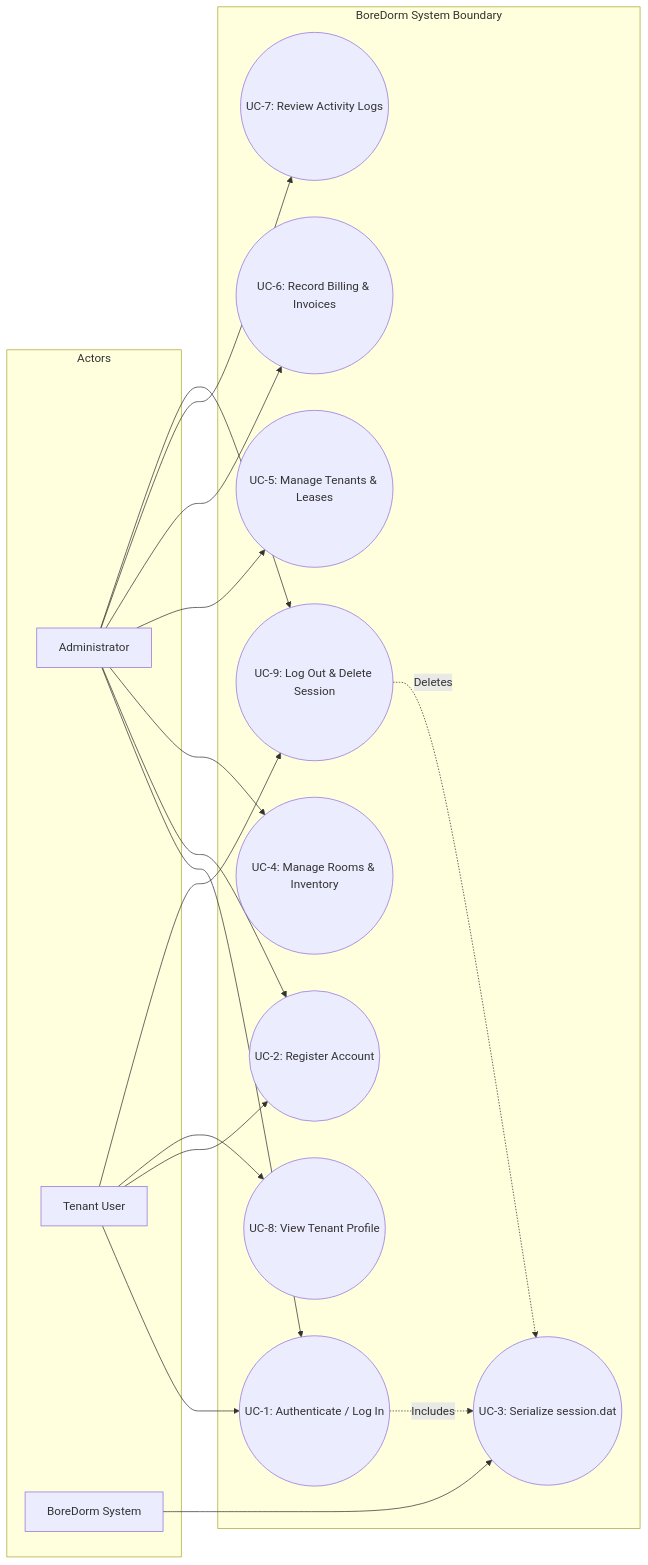
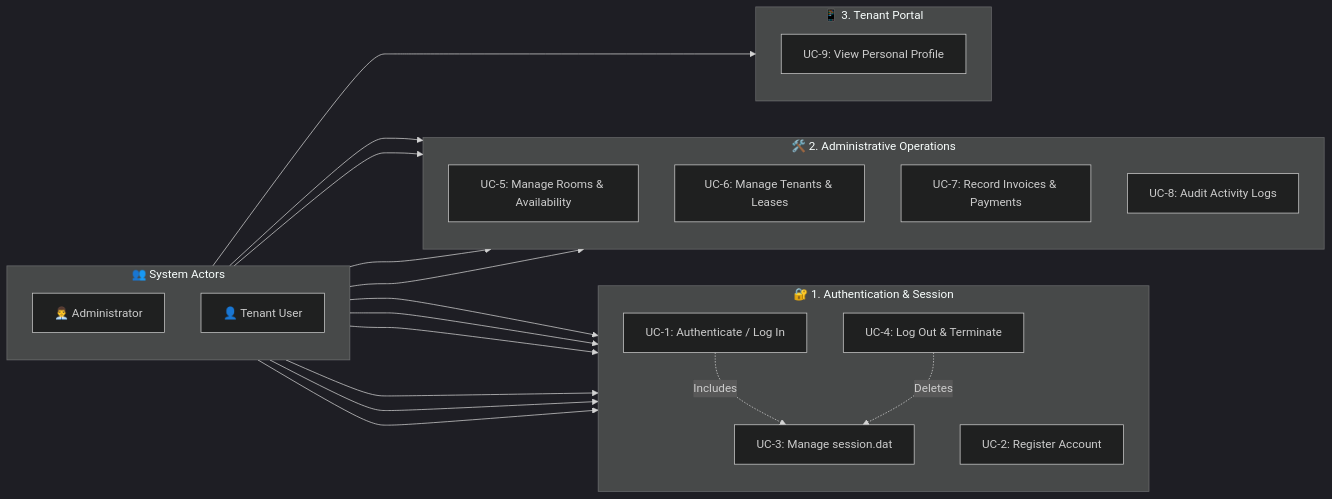
The second of 4 diagrams in README.md (CarlosJamesDeLeon/BoreDorm), drawn with Mermaid before and after one commit. The commit also changed other lines of this file, not shown here.

Commit message:
Format UML Diagrams with straight lines and clean modular subgraphs in README.md

````diff
--- a/README.md
+++ b/README.md
@@ -174,37 +76,46 @@
 ```mermaid
-graph LR
-    subgraph Actors
-        A[Administrator]
-        T[Tenant User]
-        S[BoreDorm System]
+%%{init: {'theme': 'dark', 'flowchart': {'curve': 'straight'}}}%%
+flowchart LR
+    subgraph Actors["👥 System Actors"]
+        direction TB
+        Admin["👨‍💼 Administrator"]
+        Tenant["👤 Tenant User"]
     end
 
-    subgraph BoreDorm System Boundary
-        UC1((UC-1: Authenticate / Log In))
-        UC2((UC-2: Register Account))
-        UC3((UC-3: Serialize session.dat))
-        UC4((UC-4: Manage Rooms & Inventory))
-        UC5((UC-5: Manage Tenants & Leases))
-        UC6((UC-6: Record Billing & Invoices))
-        UC7((UC-7: Review Activity Logs))
-        UC8((UC-8: View Tenant Profile))
-        UC9((UC-9: Log Out & Delete Session))
+    subgraph AuthGroup["🔐 1. Authentication & Session"]
+        direction TB
+        UC1["UC-1: Authenticate / Log In"]
+        UC2["UC-2: Register Account"]
+        UC3["UC-3: Manage session.dat"]
+        UC9["UC-4: Log Out & Terminate"]
     end
 
-    A --> UC1
-    A --> UC2
-    A --> UC4
-    A --> UC5
-    A --> UC6
-    A --> UC7
-    A --> UC9
+    subgraph AdminGroup["🛠️ 2. Administrative Operations"]
+        direction TB
+        UC4["UC-5: Manage Rooms & Availability"]
+        UC5["UC-6: Manage Tenants & Leases"]
+        UC6["UC-7: Record Invoices & Payments"]
+        UC7["UC-8: Audit Activity Logs"]
+    end
 
-    T --> UC1
-    T --> UC2
-    T --> UC8
-    T --> UC9
+    subgraph TenantGroup["📱 3. Tenant Portal"]
+        direction TB
+        UC8["UC-9: View Personal Profile"]
+    end
+
+    Admin ---> UC1
+    Admin ---> UC2
+    Admin ---> UC4
+    Admin ---> UC5
+    Admin ---> UC6
+    Admin ---> UC7
+    Admin ---> UC9
+
+    Tenant ---> UC1
+    Tenant ---> UC2
+    Tenant ---> UC8
+    Tenant ---> UC9
 
     UC1 -.->|Includes| UC3
     UC9 -.->|Deletes| UC3
-    S --> UC3
 ```
````
